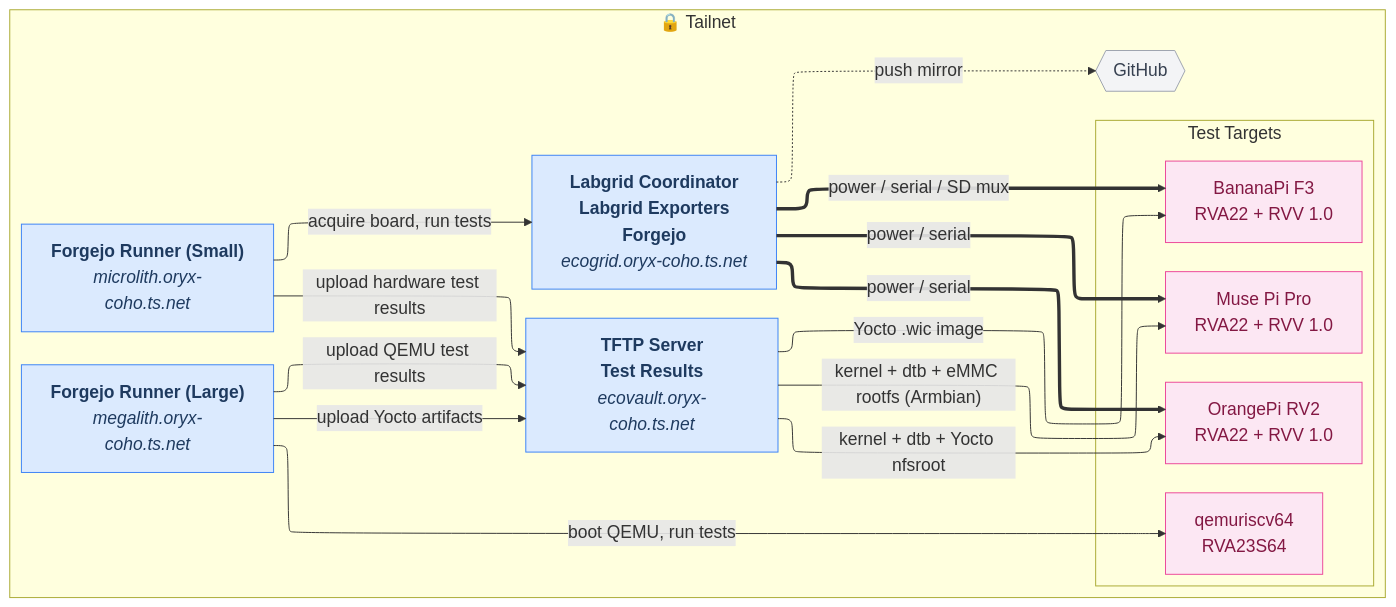
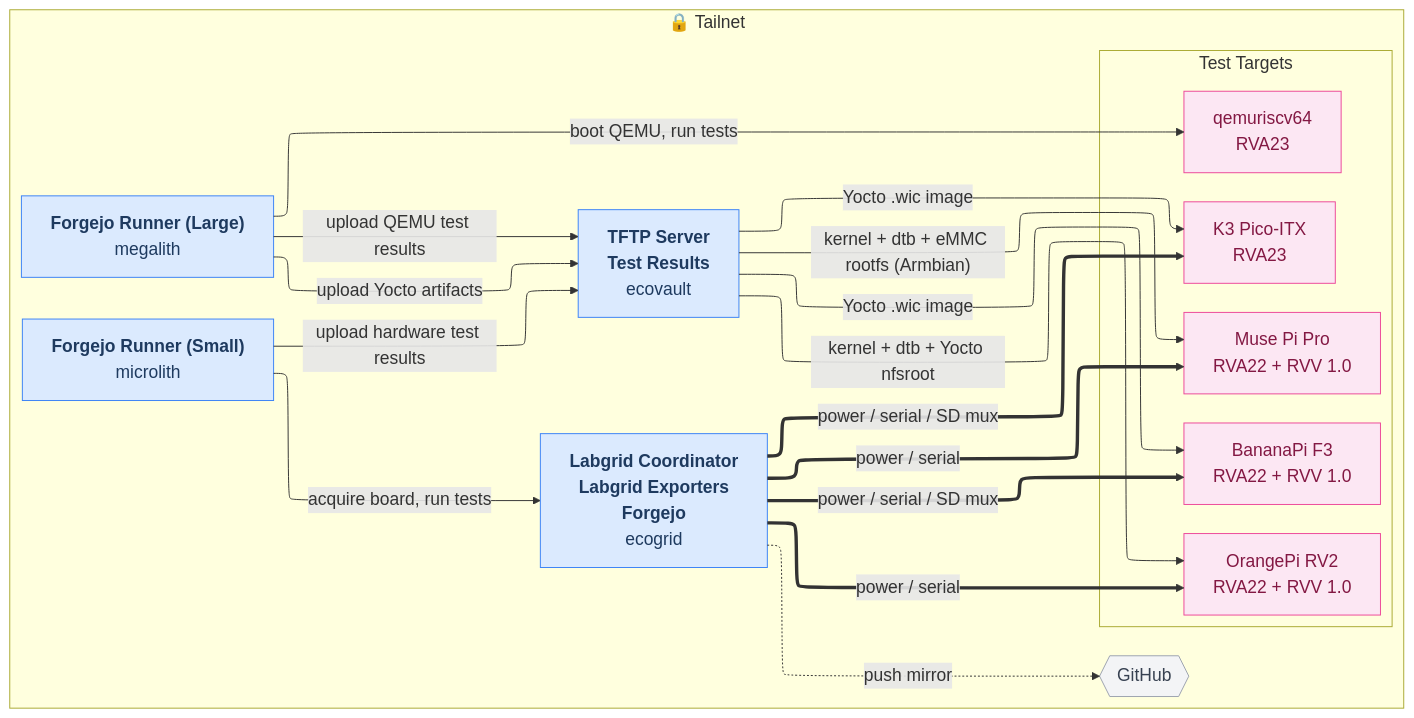
The diagram in docs/network.mmd (threexc/boardgarden), drawn with Mermaid before and after one commit. The commit also changed 3 other files, not shown here.

```diff
--- a/docs/network.mmd
+++ b/docs/network.mmd
@@ -1,39 +1,42 @@
 %%{init: {"theme": "default", "flowchart": {"htmlLabels": true, "nodeSpacing": 30, "rankSpacing": 60, "defaultRenderer": "elk"}, "themeVariables": {"fontSize": "18px", "fontFamily": "New Computer Modern"}} }%%flowchart LR
   subgraph tailnet["🔒 Tailnet"]
-    ecogrid["<b>Labgrid Coordinator</b><br/><b>Labgrid Exporters</b><br/><b>Forgejo</b><br/><i>ecogrid.oryx-coho.ts.net</i>"]
-    ecovault["<b>TFTP Server</b><br/><b>Test Results</b><br/><i>ecovault.oryx-coho.ts.net</i>"]
-    runner1["<b>Forgejo Runner (Large)</b><br/><i>megalith.oryx-coho.ts.net</i>"]
-    runner2["<b>Forgejo Runner (Small)</b><br/><i>microlith.oryx-coho.ts.net</i>"]
+    ecogrid["<b>Labgrid Coordinator</b><br/><b>Labgrid Exporters</b><br/><b>Forgejo</b><br/>ecogrid"]
+    ecovault["<b>TFTP Server</b><br/><b>Test Results</b><br/>ecovault"]
+    runner1["<b>Forgejo Runner (Large)</b><br/>megalith"]
+    runner2["<b>Forgejo Runner (Small)</b><br/>microlith"]
     github{{"GitHub"}}
     subgraph boards["Test Targets"]
       direction TB
       board_1["BananaPi F3<br/>RVA22 + RVV 1.0"]
       board_2["Muse Pi Pro<br/>RVA22 + RVV 1.0"]
       board_3["OrangePi RV2<br/>RVA22 + RVV 1.0"]
-      board_4["qemuriscv64<br/>RVA23S64"]
+      board_4["qemuriscv64<br/>RVA23"]
+      board_5["K3 Pico-ITX<br/>RVA23"]
     end
   end
 
   %% ── Hosted-on relationships ──
 
   %% ── Links ──
   ecogrid ==>|"power / serial / SD mux"| board_1
   ecogrid ==>|"power / serial"| board_2
   ecogrid ==>|"power / serial"| board_3
+  ecogrid ==>|"power / serial / SD mux"| board_5
   ecogrid -..->|"push mirror"| github
   runner1 -->|"upload Yocto artifacts"| ecovault
   runner1 -->|"upload QEMU test results"| ecovault
   runner1 -->|"boot QEMU, run tests"| board_4
   runner2 -->|"acquire board, run tests"| ecogrid
   runner2 -->|"upload hardware test results"| ecovault
   ecovault -->|"Yocto .wic image"| board_1
   ecovault -->|"kernel + dtb + eMMC rootfs (Armbian)"| board_2
   ecovault -->|"kernel + dtb + Yocto nfsroot"| board_3
+  ecovault -->|"Yocto .wic image"| board_5
 
   %% ── Styles ──
   classDef machine fill:#dbeafe,stroke:#3b82f6,color:#1e3a5f
   class ecogrid,ecovault,runner1,runner2 machine
   classDef external fill:#f3f4f6,stroke:#9ca3af,color:#374151
   class github external
   classDef board fill:#fce7f3,stroke:#ec4899,color:#831843
-  class board_1,board_2,board_3,board_4 board
+  class board_1,board_2,board_3,board_4,board_5 board
```
